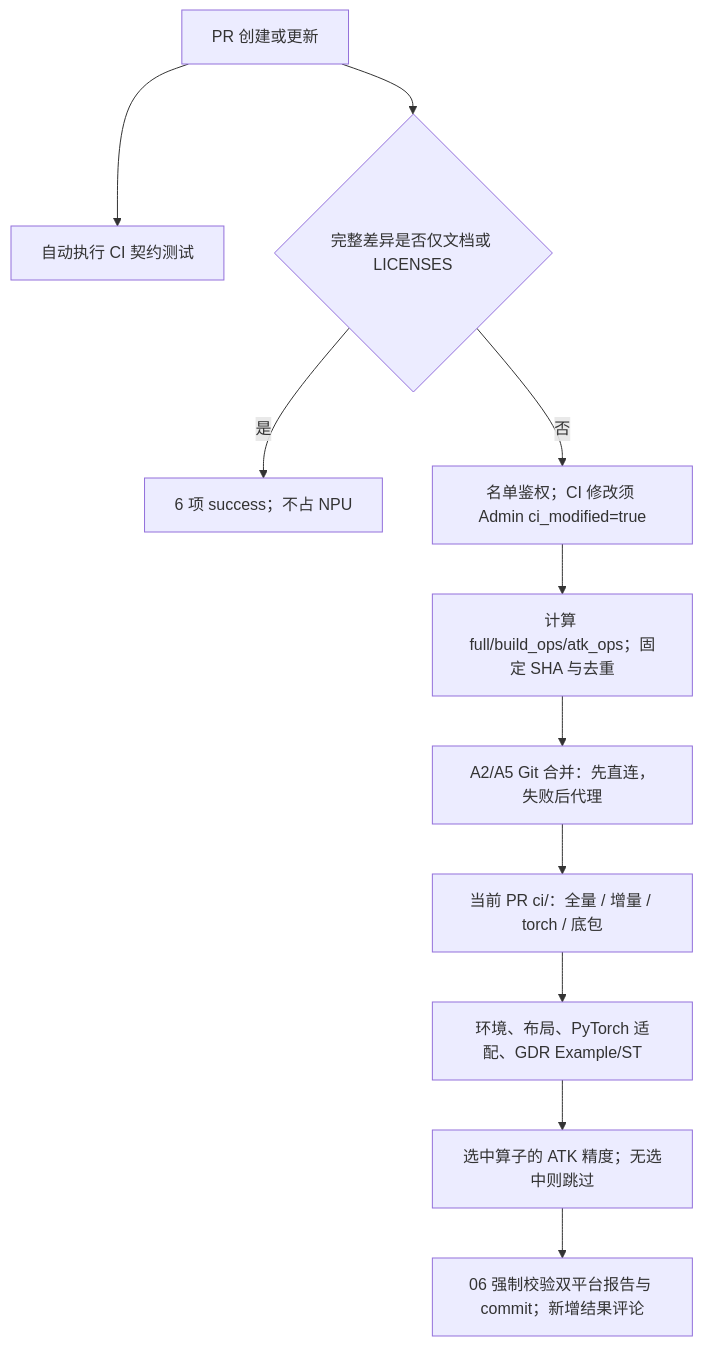
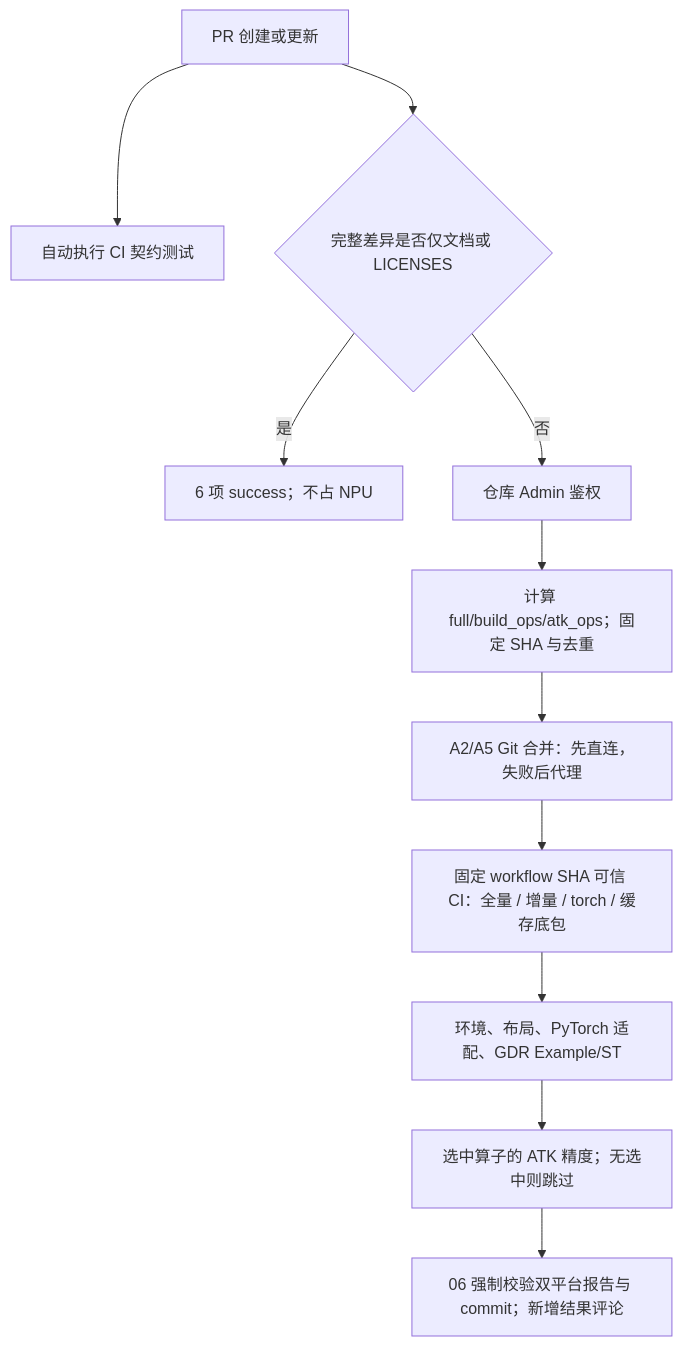
One commit to flashserve/flash-linear-attention-npu changed the diagram in docs/repository-rules.md. Above: the diagram before and after it, drawn with Mermaid. The commit also changed other lines of this file and 26 other files, not shown here.

````diff
--- a/docs/repository-rules.md
+++ b/docs/repository-rules.md
@@ -113,13 +118,13 @@
 ```mermaid
 flowchart TD
     PR["PR 创建或更新"] --> CPU["自动执行 CI 契约测试"]
     PR --> Files{"完整差异是否仅文档或 LICENSES"}
     Files -- "是" --> Docs["6 项 success；不占 NPU"]
-    Files -- "否" --> Trigger["名单鉴权；CI 修改须 Admin ci_modified=true"]
+    Files -- "否" --> Trigger["仓库 Admin 鉴权"]
     Trigger --> Plan["计算 full/build_ops/atk_ops；固定 SHA 与去重"]
     Plan --> Source["A2/A5 Git 合并：先直连，失败后代理"]
-    Source --> Package["当前 PR ci/：全量 / 增量 / torch / 底包"]
+    Source --> Package["固定 workflow SHA 可信 CI：全量 / 增量 / torch / 缓存底包"]
     Package --> Checks["环境、布局、PyTorch 适配、GDR Example/ST"]
     Checks --> ATK["选中算子的 ATK 精度；无选中则跳过"]
     ATK --> Report["06 强制校验双平台报告与 commit；新增结果评论"]
 ```
````
